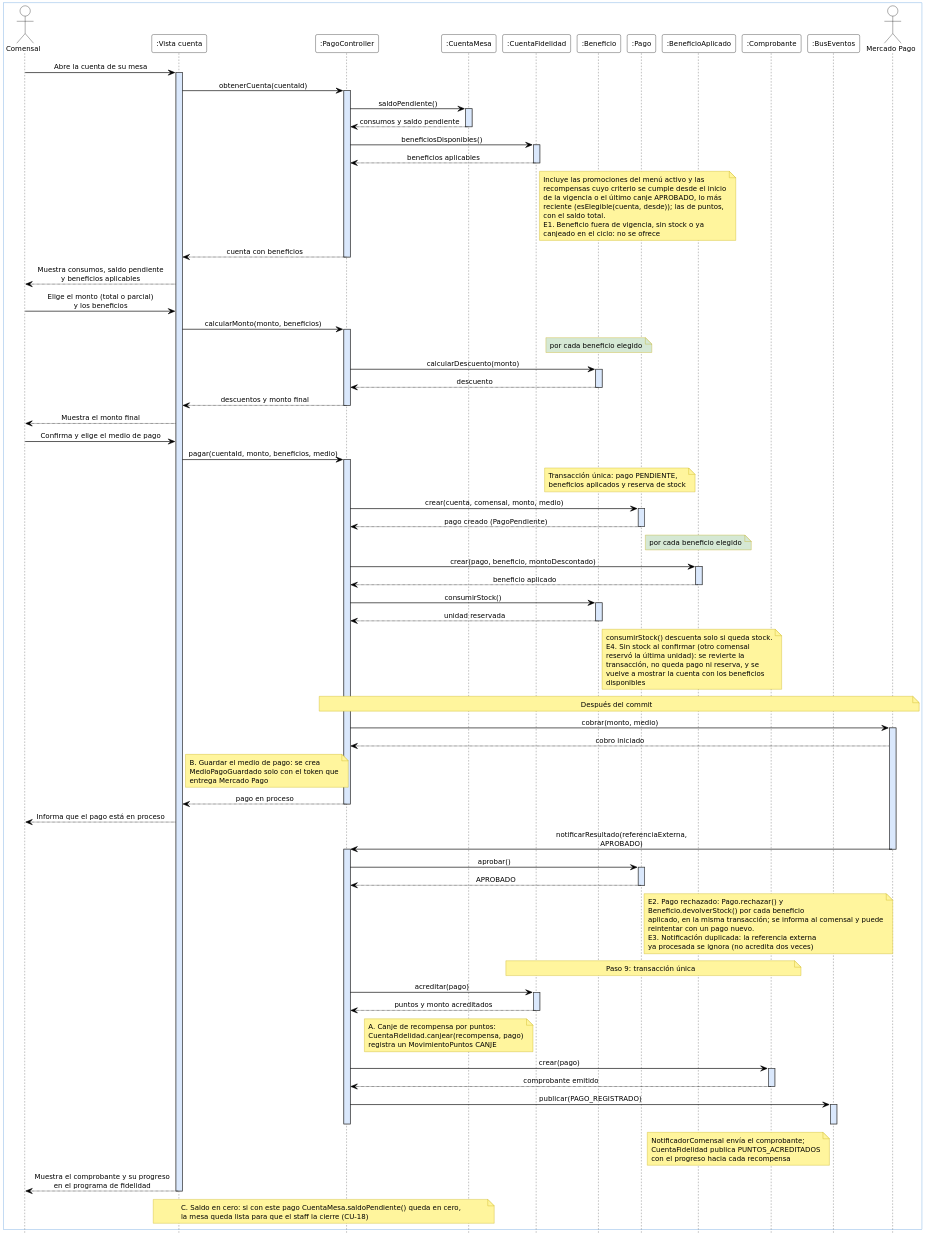
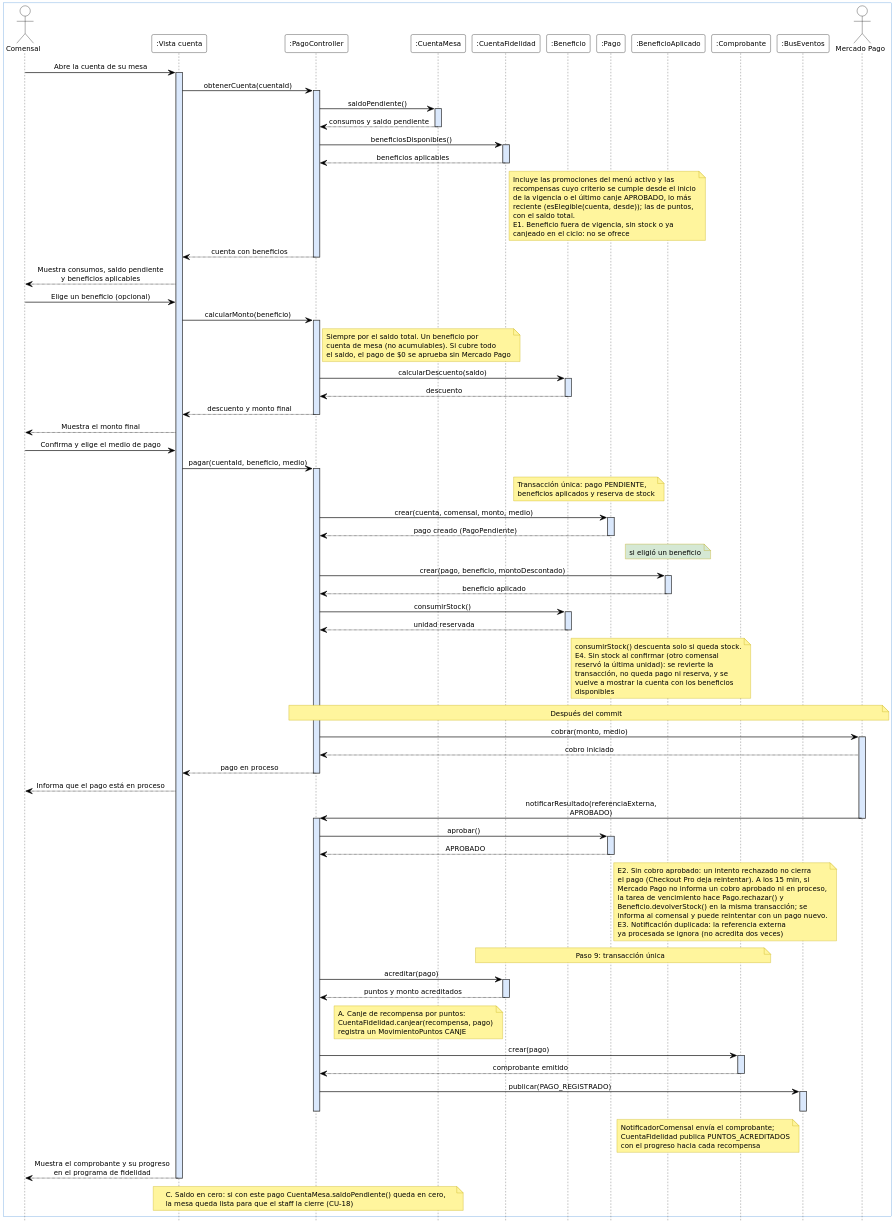
One commit to GabrielLigresti/TFG-PGIM changed the diagram in docs/modelos/secuencia/CU-06-pagar-cuenta/v1/cu-06-secuencia-v1.puml. Above: the diagram before and after it, drawn with PlantUML. The commit also changed 14 other files, not shown here.

First line of the commit message:
Agregar el vencimiento del pago, una mesa abierta por comensal y el comprobante por sucursal en los modelos

```diff
--- a/docs/modelos/secuencia/CU-06-pagar-cuenta/v1/cu-06-secuencia-v1.puml
+++ b/docs/modelos/secuencia/CU-06-pagar-cuenta/v1/cu-06-secuencia-v1.puml
@@ -1,129 +1,128 @@
 @startuml cu-06-secuencia-v1
 ' Formato Vialia: participantes ":Clase", barras de activación celestes,
 ' sin numeración ni fragmentos; los flujos alternativos y las excepciones van como notas.
 skinparam dpi 200
 skinparam defaultFontName DejaVu Sans Condensed
 skinparam defaultFontSize 12
 skinparam shadowing false
 skinparam maxMessageSize 260
 skinparam sequenceMessageAlign center
 skinparam responseMessageBelowArrow false
 skinparam ArrowColor #000000
 skinparam ArrowThickness 1
 skinparam ActorBorderColor #000000
 skinparam ActorBackgroundColor #FFFFFF
 skinparam ActorFontColor #000000
 skinparam ParticipantBorderColor #000000
 skinparam ParticipantBackgroundColor #FFFFFF
 skinparam ParticipantFontColor #000000
 skinparam NoteBorderColor #BFA800
 skinparam NoteBackgroundColor #FFF59D
 skinparam NoteFontColor #000000
 skinparam BoxPadding 12
 skinparam sequence {
   LifeLineBorderColor #444444
   LifeLineBackgroundColor #DAE8FC
   BoxBorderColor #4A90D9
   BoxBackgroundColor #FFFFFF
 }
 hide footbox
 
 box
   actor Comensal as C
   participant ":Vista cuenta" as V
   participant ":PagoController" as PGC
   participant ":CuentaMesa" as CM
   participant ":CuentaFidelidad" as CF
   participant ":Beneficio" as B
   participant ":Pago" as P
   participant ":BeneficioAplicado" as BA
   participant ":Comprobante" as CO
   participant ":BusEventos" as BUS
   actor "Mercado Pago" as MP
 end box
 
 C -> V : Abre la cuenta de su mesa
 activate V
 V -> PGC : obtenerCuenta(cuentaId)
 activate PGC
 PGC -> CM : saldoPendiente()
 activate CM
 CM --> PGC : consumos y saldo pendiente
 deactivate CM
 PGC -> CF : beneficiosDisponibles()
 activate CF
 CF --> PGC : beneficios aplicables
 deactivate CF
 note right of CF : Incluye las promociones del menú activo y las\nrecompensas cuyo criterio se cumple desde el inicio\nde la vigencia o el último canje APROBADO, lo más\nreciente (esElegible(cuenta, desde)); las de puntos,\ncon el saldo total.\nE1. Beneficio fuera de vigencia, sin stock o ya\ncanjeado en el ciclo: no se ofrece
 PGC --> V : cuenta con beneficios
 deactivate PGC
 V --> C : Muestra consumos, saldo pendiente\ny beneficios aplicables
 
-C -> V : Elige el monto (total o parcial)\ny los beneficios
-V -> PGC : calcularMonto(monto, beneficios)
+C -> V : Elige un beneficio (opcional)
+V -> PGC : calcularMonto(beneficio)
 activate PGC
-note over B #D5E8D4 : por cada beneficio elegido
-PGC -> B : calcularDescuento(monto)
+note right of PGC : Siempre por el saldo total. Un beneficio por\ncuenta de mesa (no acumulables). Si cubre todo\nel saldo, el pago de $0 se aprueba sin Mercado Pago
+PGC -> B : calcularDescuento(saldo)
 activate B
 B --> PGC : descuento
 deactivate B
-PGC --> V : descuentos y monto final
+PGC --> V : descuento y monto final
 deactivate PGC
 V --> C : Muestra el monto final
 
 C -> V : Confirma y elige el medio de pago
-V -> PGC : pagar(cuentaId, monto, beneficios, medio)
+V -> PGC : pagar(cuentaId, beneficio, medio)
 activate PGC
 note over P, B : Transacción única: pago PENDIENTE,\nbeneficios aplicados y reserva de stock
 PGC -> P : crear(cuenta, comensal, monto, medio)
 activate P
 P --> PGC : pago creado (PagoPendiente)
 deactivate P
-note over BA #D5E8D4 : por cada beneficio elegido
+note over BA #D5E8D4 : si eligió un beneficio
 PGC -> BA : crear(pago, beneficio, montoDescontado)
 activate BA
 BA --> PGC : beneficio aplicado
 deactivate BA
 PGC -> B : consumirStock()
 activate B
 B --> PGC : unidad reservada
 deactivate B
 note right of B : consumirStock() descuenta solo si queda stock.\nE4. Sin stock al confirmar (otro comensal\nreservó la última unidad): se revierte la\ntransacción, no queda pago ni reserva, y se\nvuelve a mostrar la cuenta con los beneficios\ndisponibles
 note over PGC, MP : Después del commit
 PGC -> MP : cobrar(monto, medio)
 activate MP
 MP --> PGC : cobro iniciado
-note right of V : B. Guardar el medio de pago: se crea\nMedioPagoGuardado solo con el token que\nentrega Mercado Pago
 PGC --> V : pago en proceso
 deactivate PGC
 V --> C : Informa que el pago está en proceso
 
 MP -> PGC : notificarResultado(referenciaExterna, APROBADO)
 deactivate MP
 activate PGC
 PGC -> P : aprobar()
 activate P
 P --> PGC : APROBADO
 deactivate P
-note right of P : E2. Pago rechazado: Pago.rechazar() y\nBeneficio.devolverStock() por cada beneficio\naplicado, en la misma transacción; se informa al comensal y puede\nreintentar con un pago nuevo.\nE3. Notificación duplicada: la referencia externa\nya procesada se ignora (no acredita dos veces)
+note right of P : E2. Sin cobro aprobado: un intento rechazado no cierra\nel pago (Checkout Pro deja reintentar). A los 15 min, si\nMercado Pago no informa un cobro aprobado ni en proceso,\nla tarea de vencimiento hace Pago.rechazar() y\nBeneficio.devolverStock() en la misma transacción; se\ninforma al comensal y puede reintentar con un pago nuevo.\nE3. Notificación duplicada: la referencia externa\nya procesada se ignora (no acredita dos veces)
 
 note over CF, CO : Paso 9: transacción única
 PGC -> CF : acreditar(pago)
 activate CF
 CF --> PGC : puntos y monto acreditados
 deactivate CF
 note left of CF : A. Canje de recompensa por puntos:\nCuentaFidelidad.canjear(recompensa, pago)\nregistra un MovimientoPuntos CANJE
 PGC -> CO : crear(pago)
 activate CO
 CO --> PGC : comprobante emitido
 deactivate CO
 
 PGC -> BUS : publicar(PAGO_REGISTRADO)
 activate BUS
 deactivate BUS
 note left of BUS : NotificadorComensal envía el comprobante;\nCuentaFidelidad publica PUNTOS_ACREDITADOS\ncon el progreso hacia cada recompensa
 deactivate PGC
 V --> C : Muestra el comprobante y su progreso\nen el programa de fidelidad
 deactivate V
 note over V, CM : C. Saldo en cero: si con este pago CuentaMesa.saldoPendiente() queda en cero,\nla mesa queda lista para que el staff la cierre (CU-18)
 @enduml
```
